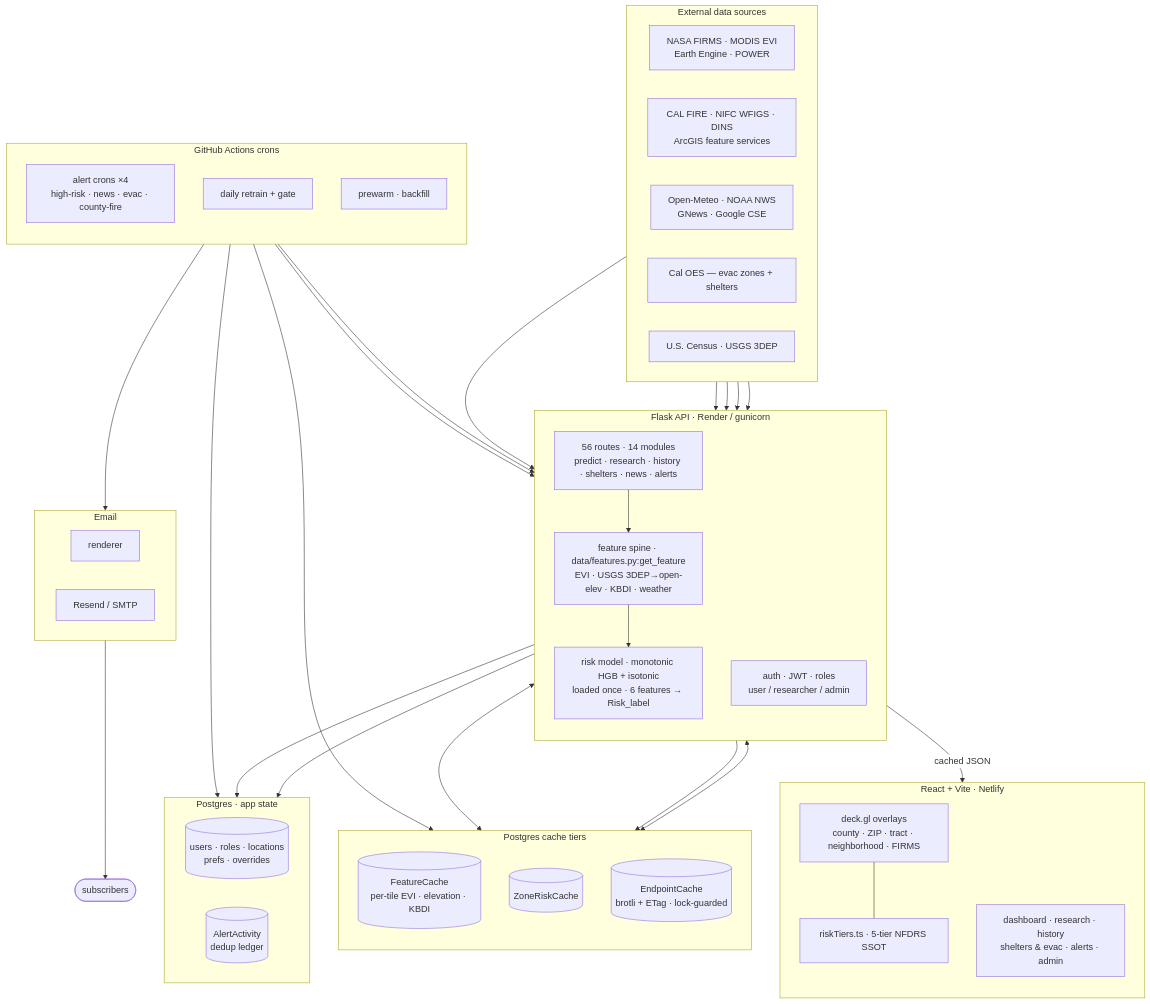
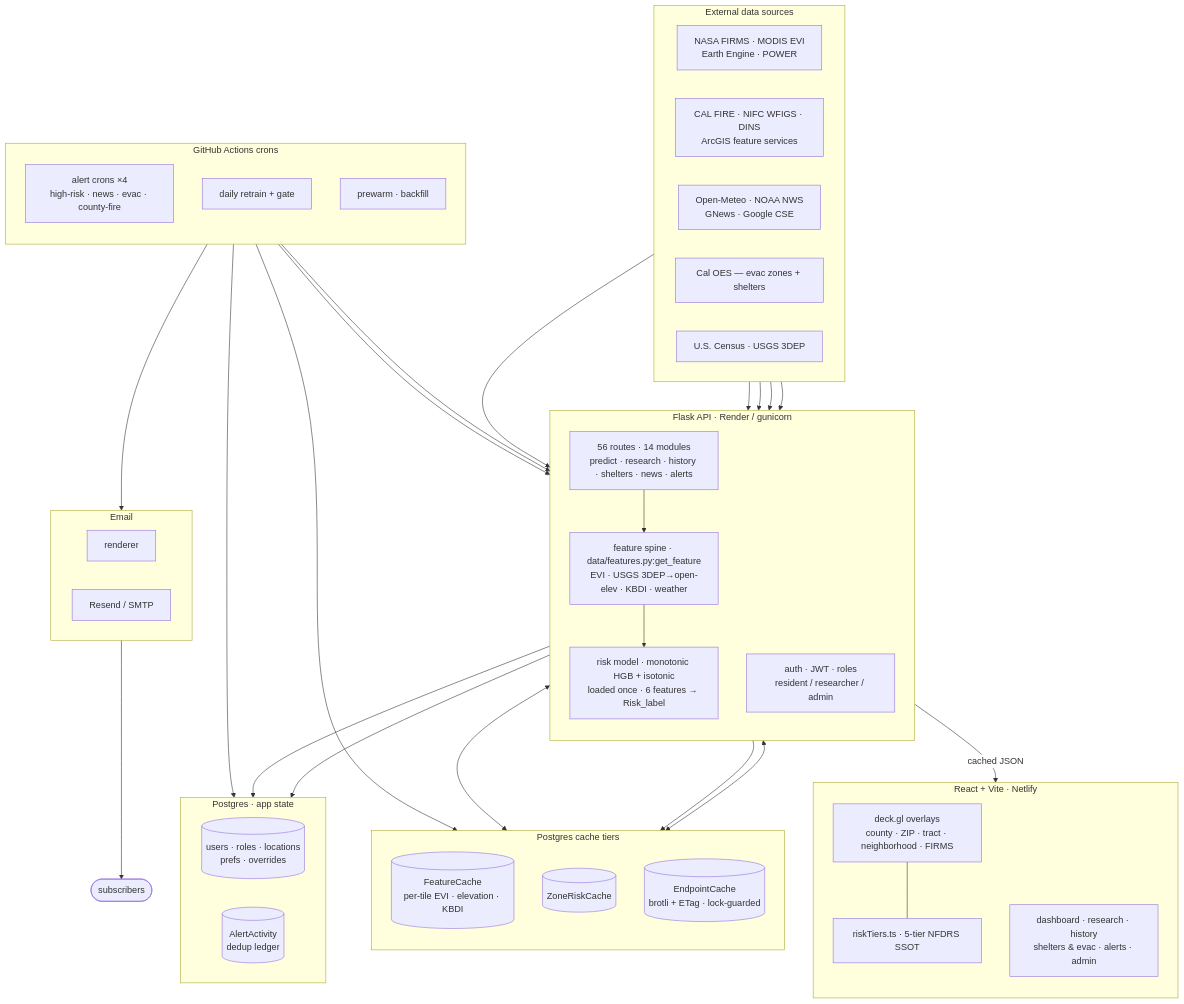
Before and after one commit to CSUN-ARCS-GeoInfoVisualization/geo-info-data-visualization-project: the first of 3 diagrams in docs/ARCHITECTURE.md, drawn with Mermaid. The commit also changed other lines of this file and 1 other file, not shown here.

First line of the commit message:
docs: document the three user roles (Resident/public, Researcher, Admin)

````diff
--- a/docs/ARCHITECTURE.md
+++ b/docs/ARCHITECTURE.md
@@ -12,68 +12,68 @@
 ```mermaid
 %%{init: {'themeVariables': {'edgeLabelBackground': '#ffffff'}, 'themeCSS': '.edgeLabel rect{opacity:1 !important;fill:#ffffff !important;} .edgeLabel,.edgeLabel p,.edgeLabel span,.edgeLabel div{background-color:#ffffff !important;color:#16181d !important;}'}}%%
 flowchart TB
     subgraph SRC[" External data sources "]
         direction LR
         SAT["NASA FIRMS · MODIS EVI<br/>Earth Engine · POWER"]
         FIRE["CAL FIRE · NIFC WFIGS · DINS<br/>ArcGIS feature services"]
         WX["Open-Meteo · NOAA NWS<br/>GNews · Google CSE"]
         EMS["Cal OES — evac zones + shelters"]
         CEN["U.S. Census · USGS 3DEP"]
     end
 
     subgraph BE[" Flask API · Render / gunicorn "]
         direction TB
         ING["56 routes · 14 modules<br/>predict · research · history · shelters · news · alerts"]
-        AUTHN["auth · JWT · roles<br/>user / researcher / admin"]
+        AUTHN["auth · JWT · roles<br/>resident / researcher / admin"]
         FEAT["feature spine · data/features.py:get_feature<br/>EVI · USGS 3DEP→open-elev · KBDI · weather"]
         INF["risk model · monotonic HGB + isotonic<br/>loaded once · 6 features → Risk_label"]
     end
 
     subgraph CA[" Postgres cache tiers "]
         direction TB
         FCA[("FeatureCache<br/>per-tile EVI · elevation · KBDI")]
         ZRC[("ZoneRiskCache")]
         EC[("EndpointCache<br/>brotli + ETag · lock-guarded")]
     end
 
     subgraph ST[" Postgres · app state "]
         direction LR
         USR[("users · roles · locations<br/>prefs · overrides")]
         ACT[("AlertActivity<br/>dedup ledger")]
     end
 
     subgraph FE[" React + Vite · Netlify "]
         direction TB
         OV["deck.gl overlays<br/>county · ZIP · tract · neighborhood · FIRMS"]
         PG["dashboard · research · history<br/>shelters & evac · alerts · admin"]
         TI["riskTiers.ts · 5-tier NFDRS SSOT"]
     end
 
     subgraph JOBS[" GitHub Actions crons "]
         direction TB
         AL["alert crons ×4<br/>high-risk · news · evac · county-fire"]
         RTR["daily retrain + gate"]
         PW["prewarm · backfill"]
     end
 
     subgraph MAILP[" Email "]
         direction LR
         RN["renderer"]
         PV["Resend / SMTP"]
     end
 
     SAT & FIRE & WX & EMS & CEN --> ING
     ING --> FEAT --> INF
     FEAT <--> FCA
     INF --> ZRC
     ING <--> EC
     AUTHN --> USR
     ING --> ST
     ING -->|"cached JSON"| OV
     OV --- TI
     AL --> ING
     AL --> ACT
     AL --> MAILP --> SUB(["subscribers"])
     RTR --> INF
     PW --> CA
 ```
````
